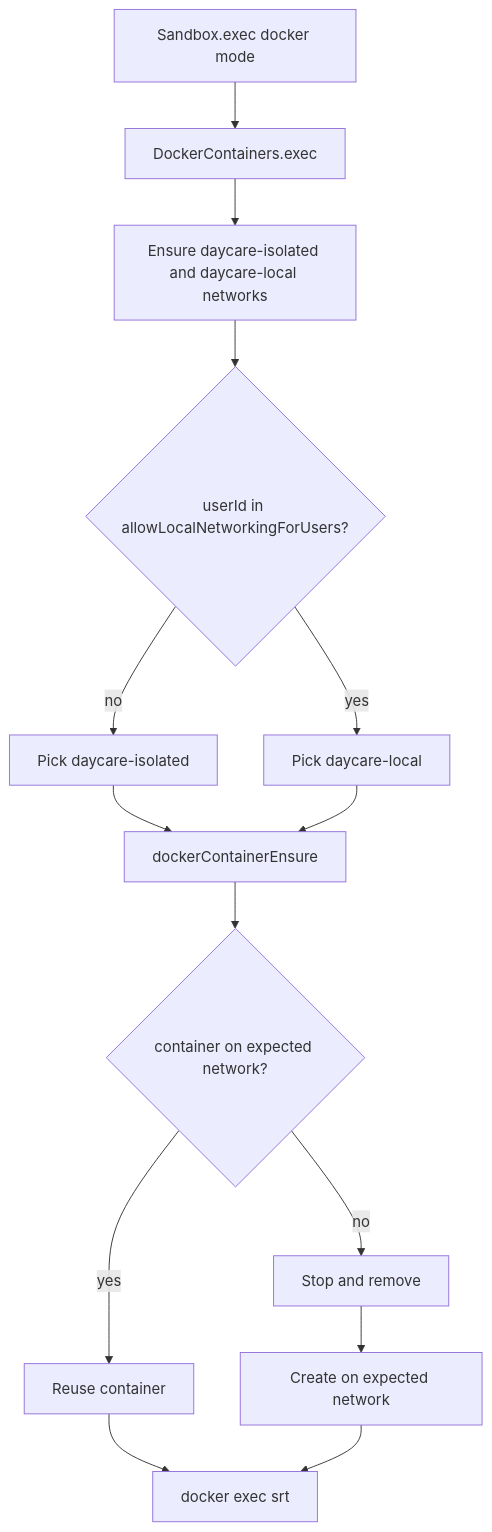
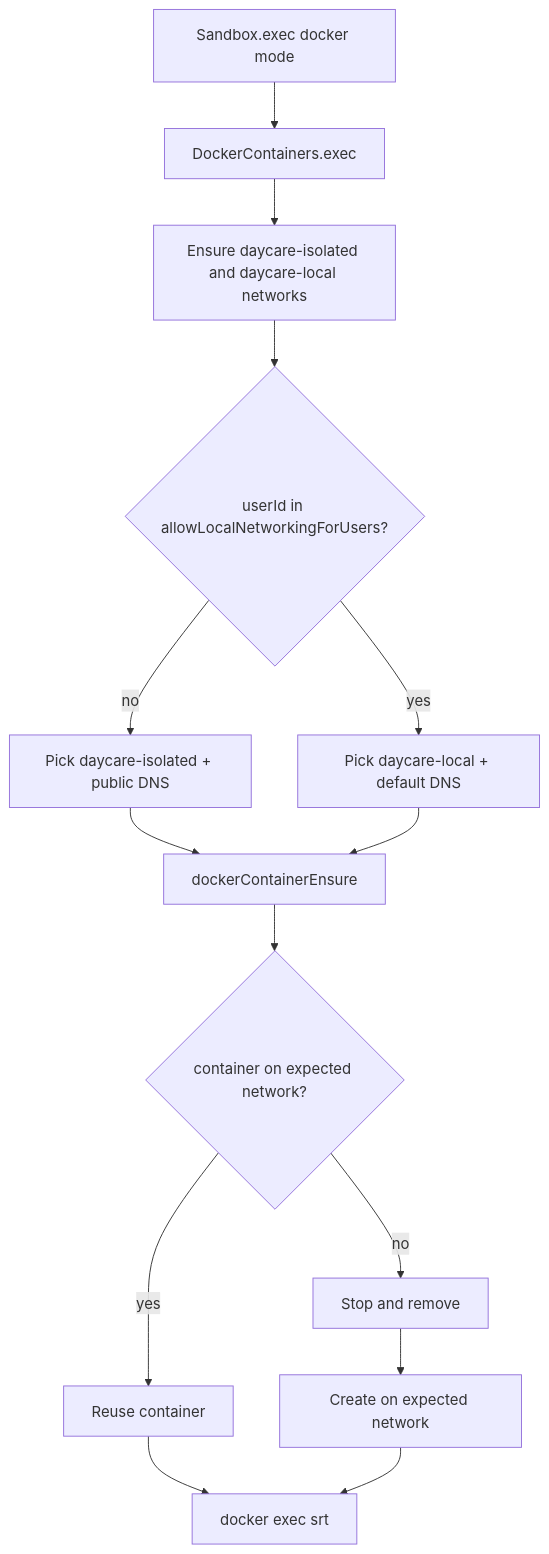
Before and after one commit to ex3ndr/daycare: the diagram in doc/internals/docker-network-local-isolation.md, drawn with Mermaid. The commit also changed other lines of this file and 5 other files, not shown here.

Commit message:
fix(sandbox): use public dns for isolated network

````diff
--- a/doc/internals/docker-network-local-isolation.md
+++ b/doc/internals/docker-network-local-isolation.md
@@ -27,16 +29,16 @@
 ```mermaid
 flowchart TD
     A[Sandbox.exec docker mode] --> B[DockerContainers.exec]
     B --> C[Ensure daycare-isolated and daycare-local networks]
     C --> D{userId in allowLocalNetworkingForUsers?}
-    D -- no --> E[Pick daycare-isolated]
-    D -- yes --> F[Pick daycare-local]
+    D -- no --> E[Pick daycare-isolated + public DNS]
+    D -- yes --> F[Pick daycare-local + default DNS]
     E --> G[dockerContainerEnsure]
     F --> G
     G --> H{container on expected network?}
     H -- yes --> I[Reuse container]
     H -- no --> J[Stop and remove]
     J --> K[Create on expected network]
     I --> L[docker exec srt]
     K --> L
 ```
````
